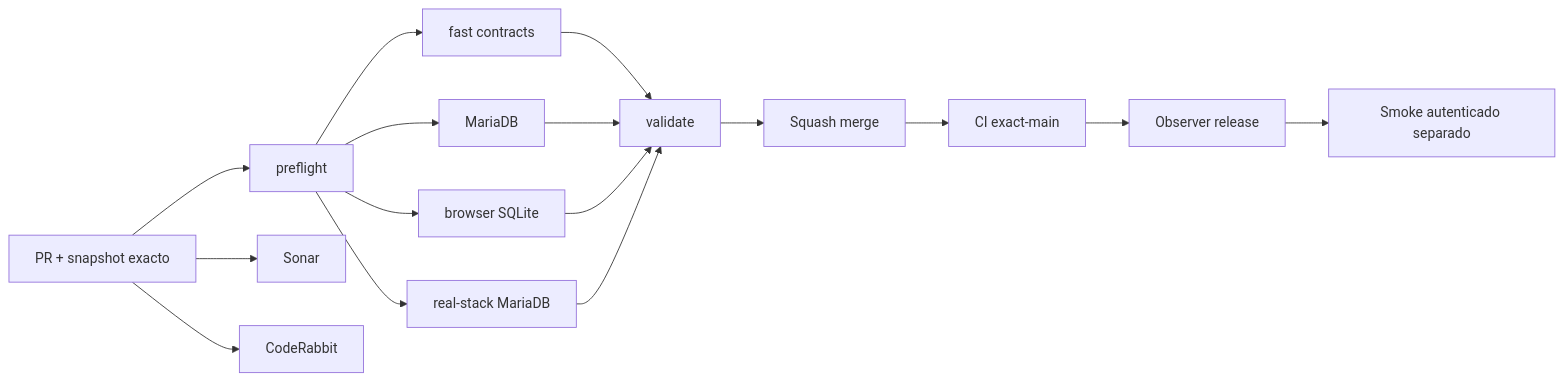
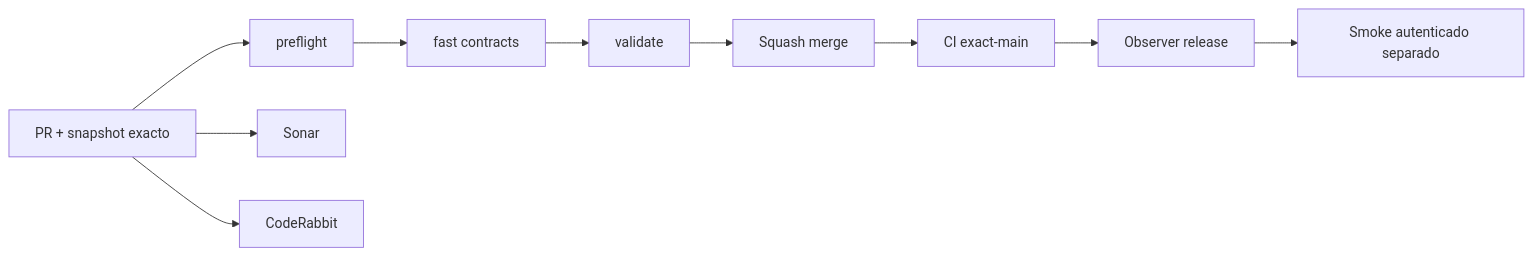
The diagram in README.md (pl0n3r/GrindFlow), drawn with Mermaid before and after one commit. The commit also changed other lines of this file, not shown here.

````diff
--- a/README.md
+++ b/README.md
@@ -49,18 +47,12 @@
 ```mermaid
 flowchart LR
  A["PR + snapshot exacto"] --> P["preflight"]
  P --> F["fast contracts"]
- P --> D["MariaDB"]
- P --> B["browser SQLite"]
- P --> R["real-stack MariaDB"]
  F --> V["validate"]
- D --> V
- B --> V
- R --> V
  A --> S["Sonar"]
  A --> C["CodeRabbit"]
  V --> M["Squash merge"]
  M --> X["CI exact-main"]
  X --> O["Observer release"]
  O --> T["Smoke autenticado separado"]
 ```
````
